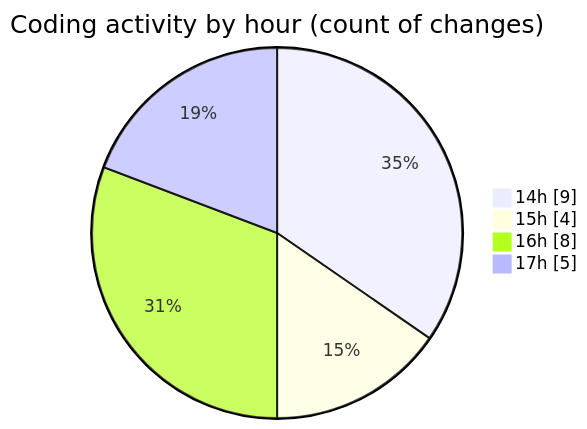
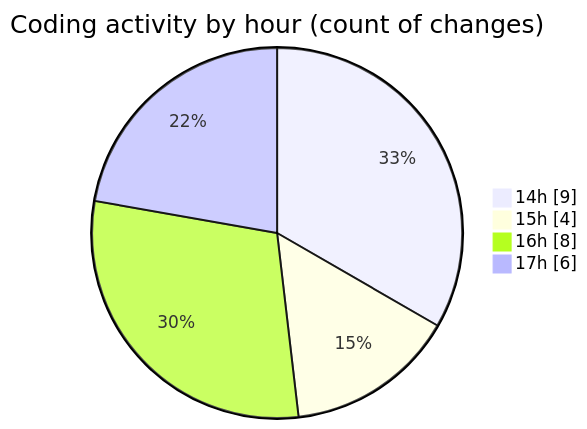
Before and after one commit to JenPaints/code-tracking: the second of 2 diagrams in 2025-05-28/kimberly-groups/README.md, drawn with Mermaid. The commit also changed other lines of this file and 1 other file, not shown here.

````diff
--- a/2025-05-28/kimberly-groups/README.md
+++ b/2025-05-28/kimberly-groups/README.md
@@ -35,8 +35,8 @@
 ```mermaid
 pie showData
 title Coding activity by hour (count of changes)
 "14h" : 9
 "15h" : 4
 "16h" : 8
-"17h" : 5
+"17h" : 6
 ```
````
